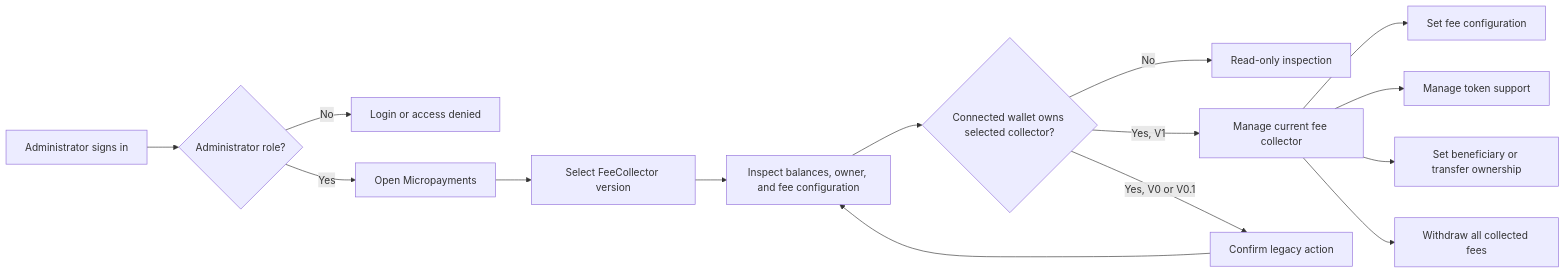
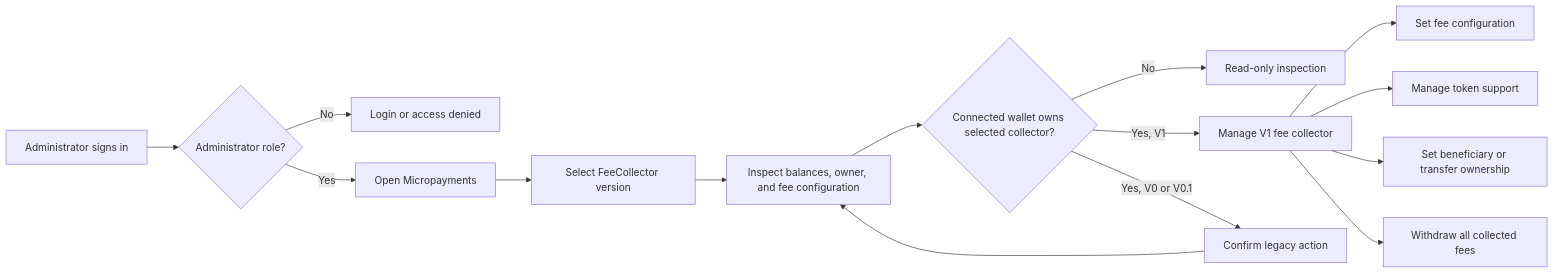
The diagram in docs/features/backoffice/micropayments/README.md (globe-and-citizen/cnc-portal), drawn with Mermaid before and after one commit. The commit also changed other lines of this file, not shown here.

Commit message:
docs: 📝 clarify FeeCollector version and proof gaps

````diff
--- a/docs/features/backoffice/micropayments/README.md
+++ b/docs/features/backoffice/micropayments/README.md
@@ -30,17 +31,17 @@
 ```mermaid
 flowchart LR
     Admin[Administrator signs in] --> Guard{Administrator role?}
     Guard -->|No| Denied[Login or access denied]
     Guard -->|Yes| Fees[Open Micropayments]
     Fees --> Version[Select FeeCollector version]
     Version --> Inspect[Inspect balances, owner, and fee configuration]
     Inspect --> Owner{Connected wallet owns selected collector?}
     Owner -->|No| ReadOnly[Read-only inspection]
-    Owner -->|Yes, V1| Current[Manage current fee collector]
+    Owner -->|Yes, V1| Current[Manage V1 fee collector]
     Current --> FeesConfig[Set fee configuration]
     Current --> Tokens[Manage token support]
     Current --> Recipient[Set beneficiary or transfer ownership]
     Current --> Sweep[Withdraw all collected fees]
     Owner -->|Yes, V0 or V0.1| Legacy[Confirm legacy action]
     Legacy --> Inspect
 ```
````
